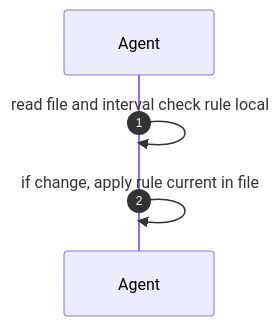
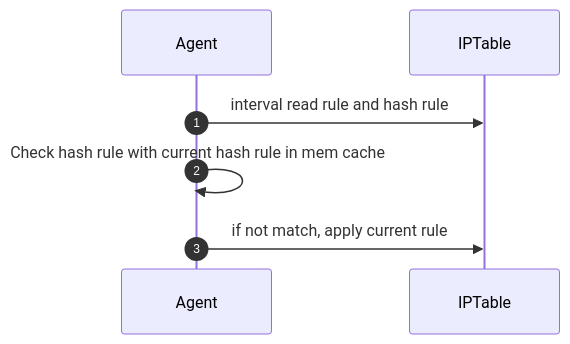
Before and after one commit to bamboo-firewall/docs: the fourth of 4 diagrams in case-studies/policy/usecase.md, drawn with Mermaid. The commit also changed other lines of this file, not shown here.

Commit message:
PAAS-1283-flow-apply-rule

```````diff
--- a/case-studies/policy/usecase.md
+++ b/case-studies/policy/usecase.md
@@ -59,7 +60,9 @@
 ``````mermaid
 sequenceDiagram
 autonumber
 participant Agent as Agent
-Agent ->> Agent: read file and interval check rule local
-Agent ->> Agent: if change, apply rule current in file
+participant IPTable as IPTable
+Agent ->> IPTable: interval read rule and hash rule
+Agent ->> Agent: Check hash rule with current hash rule in mem cache
+Agent ->> IPTable: if not match, apply current rule
 ``````
```````
